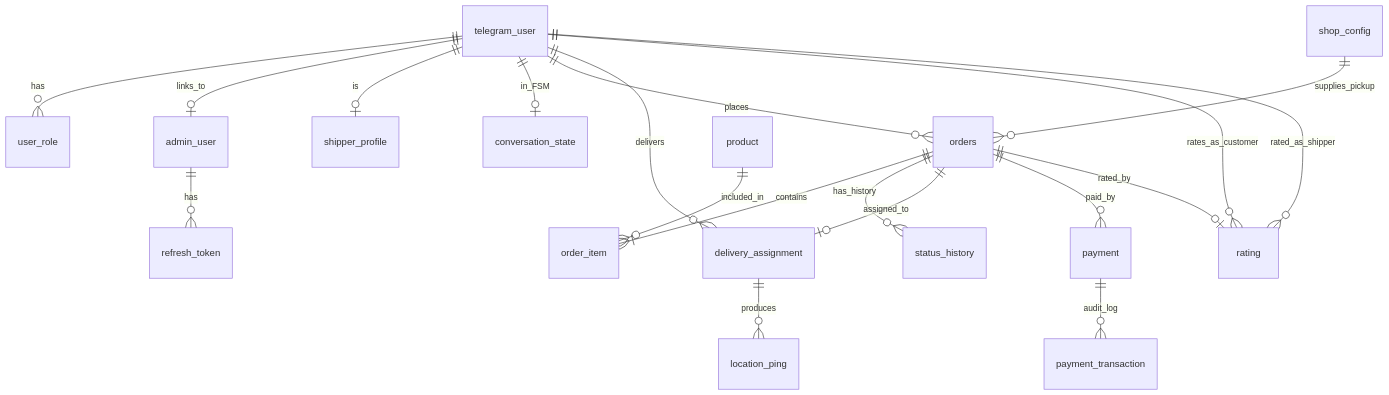
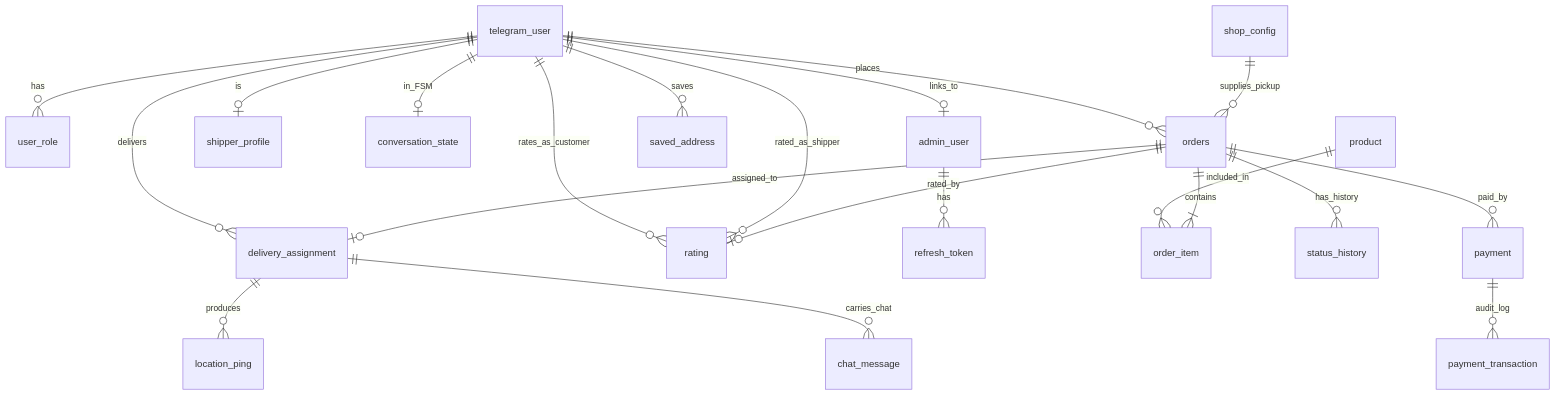
Before and after one commit to lethuyuitgis/KhoaLuan-GiaoHang: the first of 7 diagrams in docs/thesis-v2/chuong-3-thiet-ke-he-thong.md, drawn with Mermaid. The commit also changed other lines of this file and 4 other files, not shown here.

````diff
--- a/docs/thesis-v2/chuong-3-thiet-ke-he-thong.md
+++ b/docs/thesis-v2/chuong-3-thiet-ke-he-thong.md
@@ -11,27 +11,29 @@
 ```mermaid
 erDiagram
   telegram_user ||--o{ user_role : has
   telegram_user ||--o| admin_user : links_to
   telegram_user ||--o| shipper_profile : is
   telegram_user ||--o| conversation_state : in_FSM
   telegram_user ||--o{ orders : places
   telegram_user ||--o{ delivery_assignment : delivers
   telegram_user ||--o{ rating : rates_as_customer
   telegram_user ||--o{ rating : rated_as_shipper
+  telegram_user ||--o{ saved_address : saves
 
   admin_user ||--o{ refresh_token : has
 
   product ||--o{ order_item : included_in
 
   orders ||--|{ order_item : contains
   orders ||--o{ status_history : has_history
   orders ||--o| delivery_assignment : assigned_to
   orders ||--o{ payment : paid_by
   orders ||--o| rating : rated_by
 
   delivery_assignment ||--o{ location_ping : produces
+  delivery_assignment ||--o{ chat_message : carries_chat
 
   payment ||--o{ payment_transaction : audit_log
 
   shop_config ||--o{ orders : supplies_pickup
 ```
````
